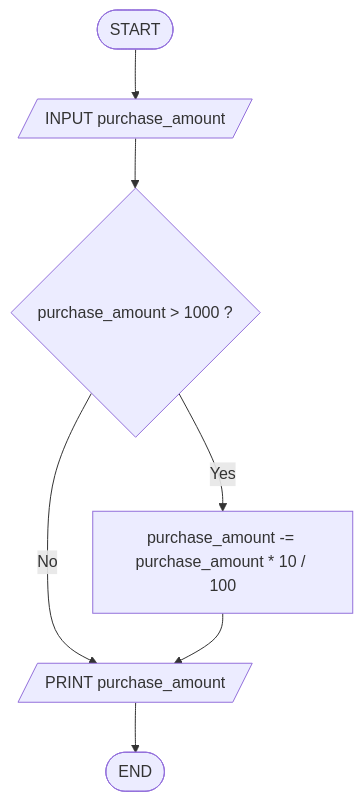
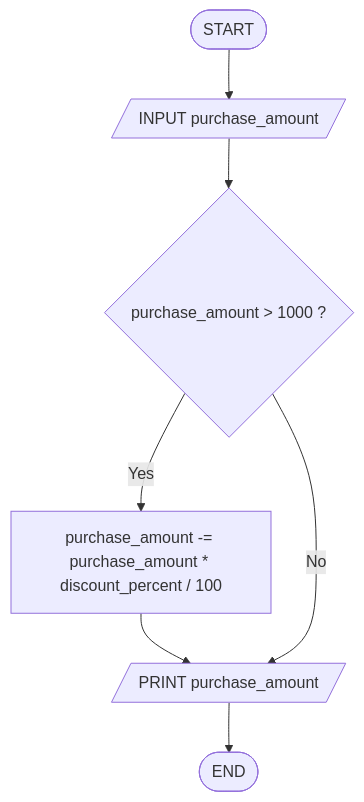
Before and after one commit to vovchanovsky/Workshop_Algorithm_Flowchart: the tenth of 10 diagrams in README.md, drawn with Mermaid. The commit also changed other lines of this file, not shown here.

````diff
--- a/README.md
+++ b/README.md
@@ -327,9 +355,9 @@
 ```mermaid
 flowchart TD
     A([START]) --> B[/INPUT purchase_amount/]
     B --> C{purchase_amount > 1000 ?}
-    C -->|Yes| D[purchase_amount -= purchase_amount * 10 / 100]
+    C -->|Yes| D[purchase_amount -= purchase_amount * discount_percent / 100]
+    D --> E[/PRINT purchase_amount/]
     C -->|No| E[/PRINT purchase_amount/]
-    D --> E[/PRINT purchase_amount/]
     E --> G([END])
 ```
````
